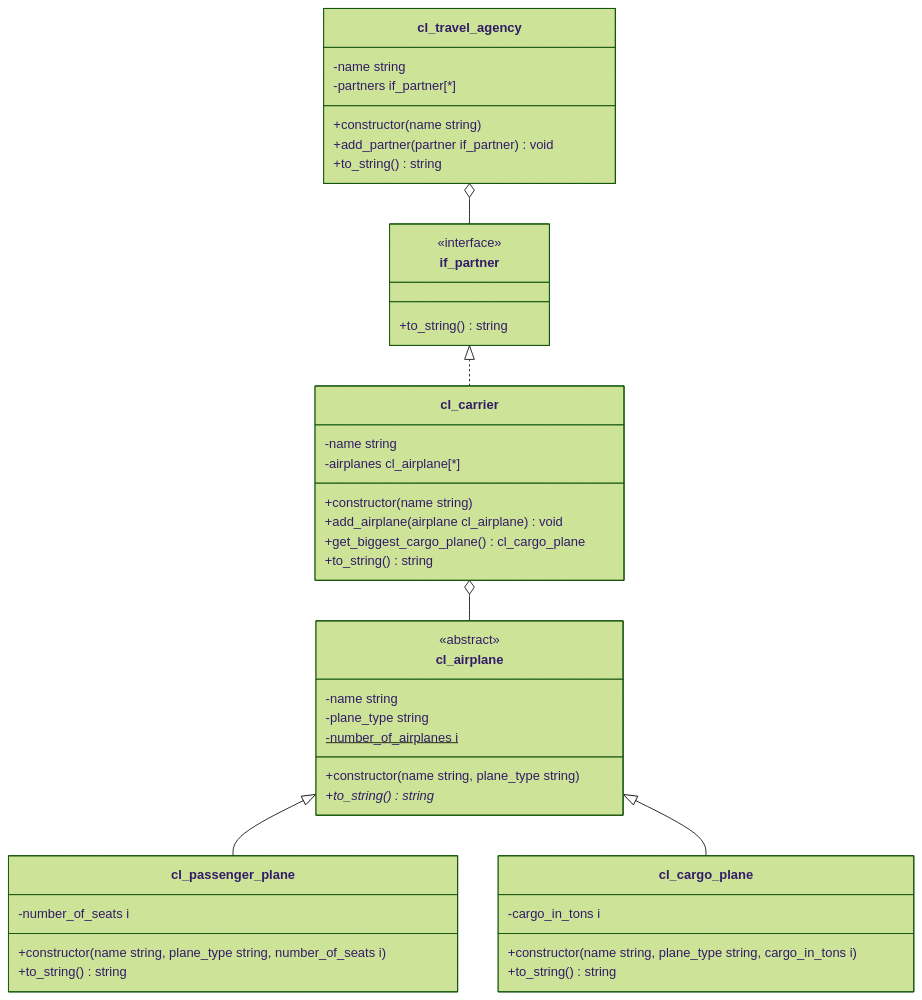
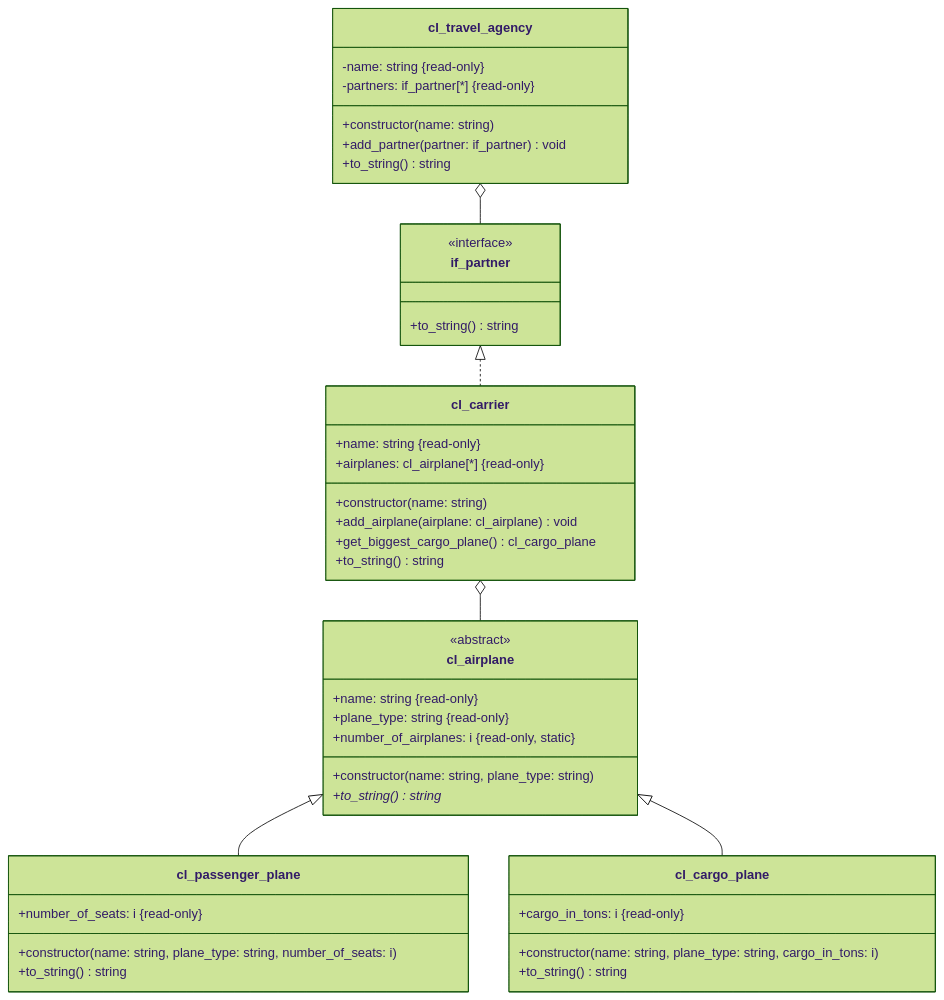
Before and after one commit to appenmaier/s4hana: the diagram in docs/exercises/abap-objects/abap-objects-09.md, drawn with Mermaid (forest theme). The commit also changed other lines of this file and 7 other files, not shown here.

Commit message:
update class-diagrams

````diff
--- a/docs/exercises/abap-objects/abap-objects-09.md
+++ b/docs/exercises/abap-objects/abap-objects-09.md
@@ -21,51 +21,51 @@
 ```mermaid
 classDiagram
     cl_carrier o-- cl_airplane
     cl_airplane <|-- cl_passenger_plane
     cl_airplane <|-- cl_cargo_plane
     if_partner <|.. cl_carrier
     cl_travel_agency o-- if_partner
 
     class cl_airplane {
       <<abstract>>
-      -name string
-      -plane_type string
-      -number_of_airplanes i$
-      +constructor(name string, plane_type string)
+      +name: string &#123read-only&#125
+      +plane_type: string &#123read-only&#125
+      +number_of_airplanes: i &#123read-only, static&#125
+      +constructor(name: string, plane_type: string)
       +to_string()* string
     }
 
     class cl_passenger_plane {
-      -number_of_seats i
-      +constructor(name string, plane_type string, number_of_seats i)
+      +number_of_seats: i &#123read-only&#125
+      +constructor(name: string, plane_type: string, number_of_seats: i)
       +to_string() string
     }
 
     class cl_cargo_plane {
-      -cargo_in_tons i
-      +constructor(name string, plane_type string, cargo_in_tons i)
+      +cargo_in_tons: i &#123read-only&#125
+      +constructor(name: string, plane_type: string, cargo_in_tons: i)
       +to_string() string
     }
 
     class cl_carrier {
-      -name string
-      -airplanes cl_airplane[*]
-      +constructor(name string)
-      +add_airplane(airplane cl_airplane) void
+      +name: string &#123read-only&#125
+      +airplanes: cl_airplane[*] &#123read-only&#125
+      +constructor(name: string)
+      +add_airplane(airplane: cl_airplane) void
       +get_biggest_cargo_plane() cl_cargo_plane
       +to_string() string
     }
 
     class if_partner {
       <<interface>>
       +to_string() string
     }
 
     class cl_travel_agency {
-      -name string
-      -partners if_partner[*]
-      +constructor(name string)
-      +add_partner(partner if_partner) void
+      -name: string &#123read-only&#125
+      -partners: if_partner[*] &#123read-only&#125
+      +constructor(name: string)
+      +add_partner(partner: if_partner) void
       +to_string() string
     }
 ```
````
